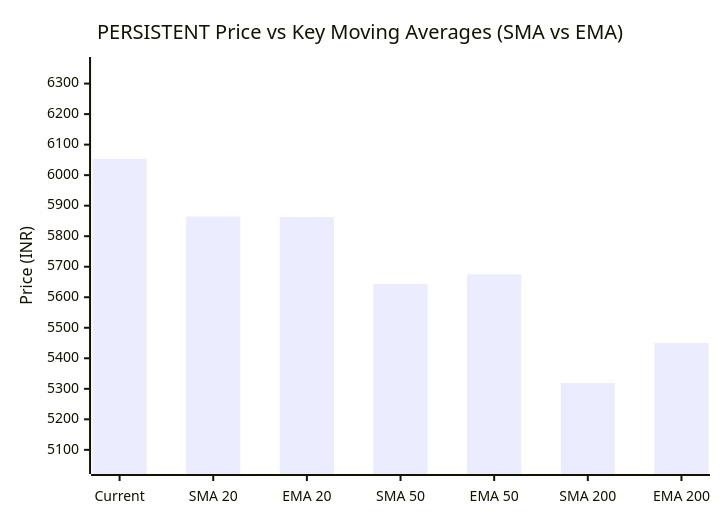
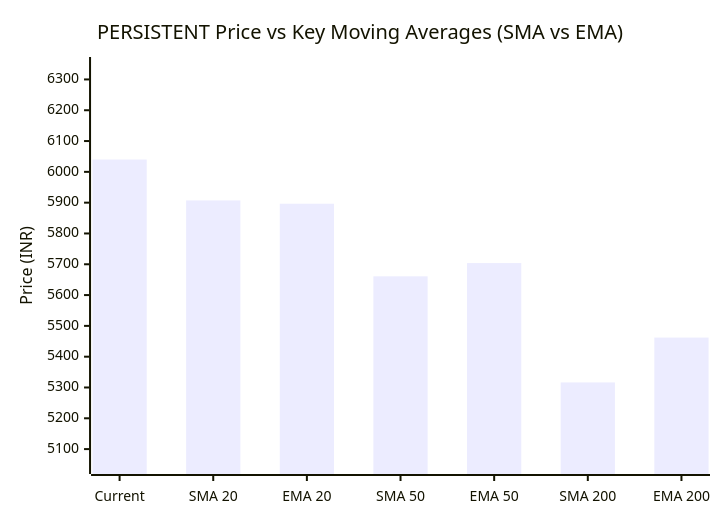
The third of 3 diagrams in market-intelligence/stocks/PERSISTENT/latest.md (purnareddy9/dev), drawn with Mermaid before and after one commit. The commit also changed other lines of this file and 4 other files, not shown here.

````diff
--- a/market-intelligence/stocks/PERSISTENT/latest.md
+++ b/market-intelligence/stocks/PERSISTENT/latest.md
@@ -104,7 +104,7 @@
 ```mermaid
 xychart-beta
     title "PERSISTENT Price vs Key Moving Averages (SMA vs EMA)"
     x-axis ["Current", "SMA 20", "EMA 20", "SMA 50", "EMA 50", "SMA 200", "EMA 200"]
-    y-axis "Price (INR)" 5052 --> 6356
-    bar [6053.5, 5864.48, 5863.21, 5643.96, 5675.35, 5318.73, 5450.29]
+    y-axis "Price (INR)" 5050 --> 6342
+    bar [6040.0, 5907.25, 5896.45, 5660.92, 5703.9, 5316.46, 5462.1]
 ```
````
